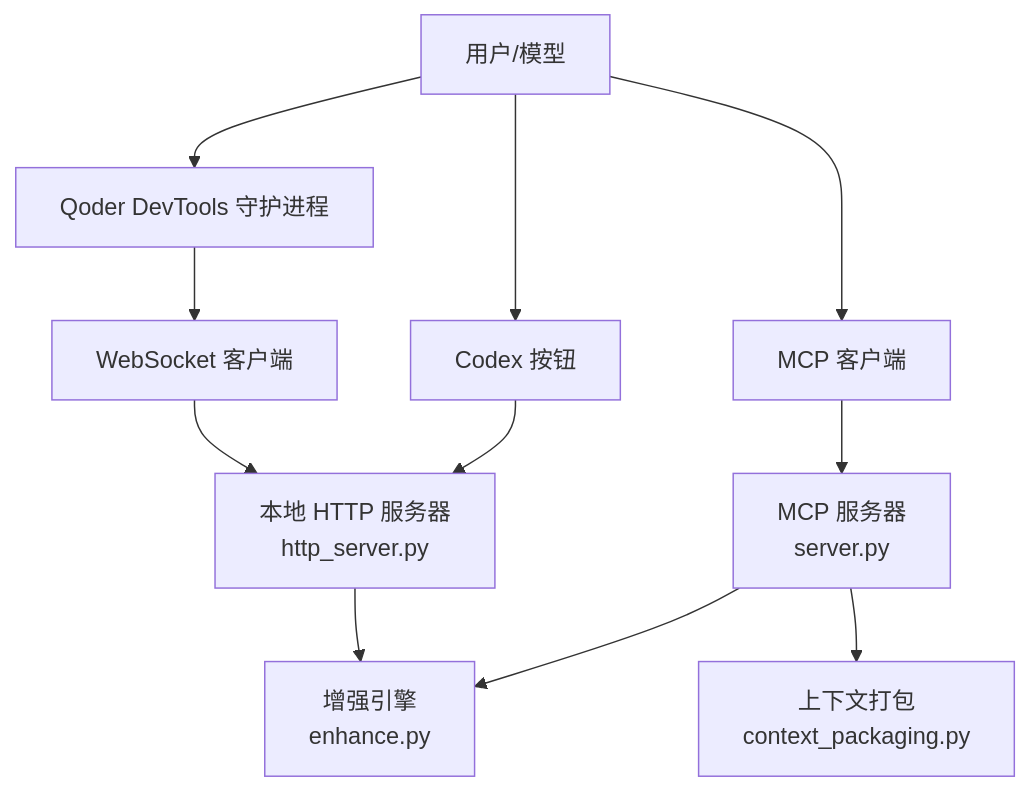
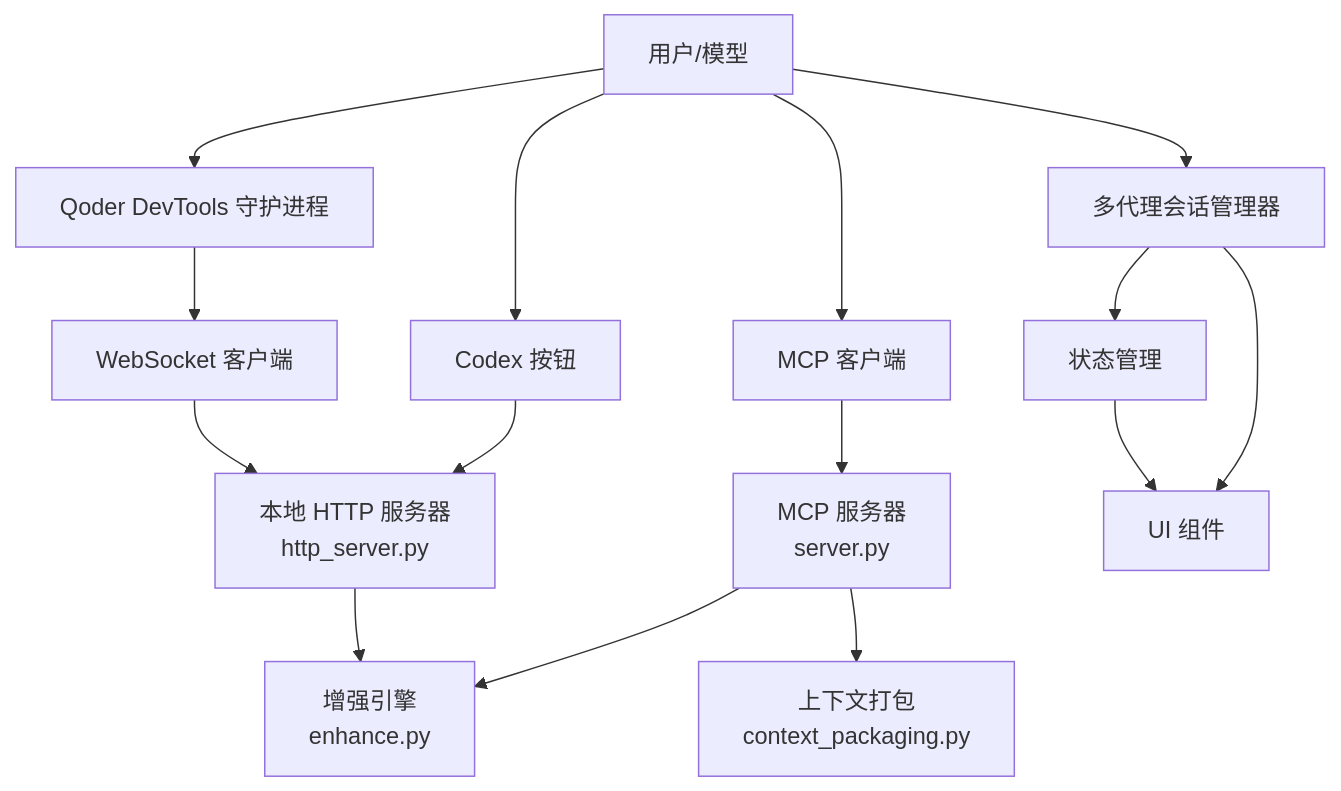
One commit to WyRainBow/PromptCocoPilot changed the second of 10 diagrams in .qoder/repowiki/zh/content/集成指南/集成指南.md. Above: the diagram before and after it, drawn with Mermaid. The commit also changed other lines of this file and 134 other files, not shown here.

````diff
--- a/.qoder/repowiki/zh/content/集成指南/集成指南.md
+++ b/.qoder/repowiki/zh/content/集成指南/集成指南.md
@@ -112,13 +144,17 @@
 ```mermaid
 graph TB
 U["用户/模型"] --> M["MCP 客户端"]
 M --> S["MCP 服务器<br/>server.py"]
 S --> E["增强引擎<br/>enhance.py"]
 S --> C["上下文打包<br/>context_packaging.py"]
 U --> H["Codex 按钮"]
 H --> HS["本地 HTTP 服务器<br/>http_server.py"]
 HS --> E
 U --> D["Qoder DevTools 守护进程"]
 D --> DC["WebSocket 客户端"]
 DC --> HS
+U --> SR["多代理会话管理器"]
+SR --> APP["状态管理"]
+SR --> IV["UI 组件"]
+APP --> IV
 ```
````
